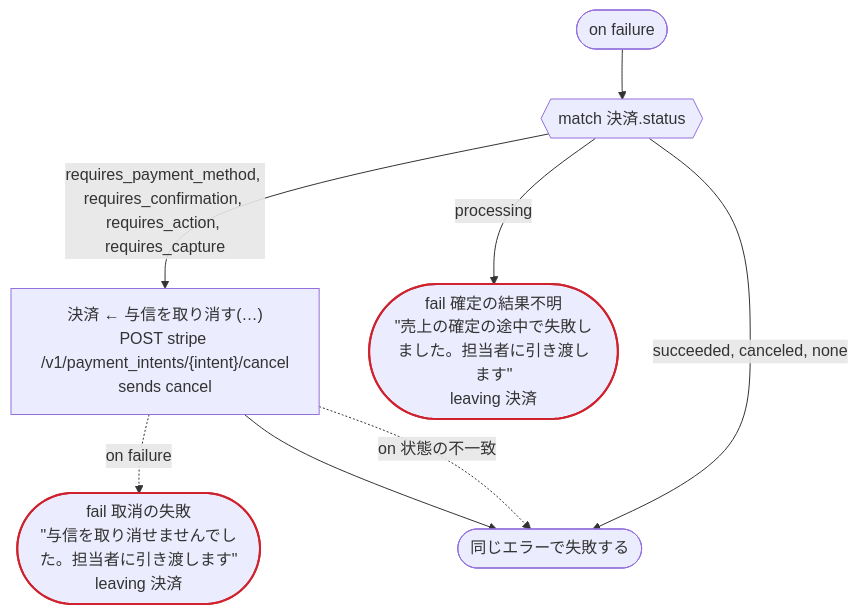
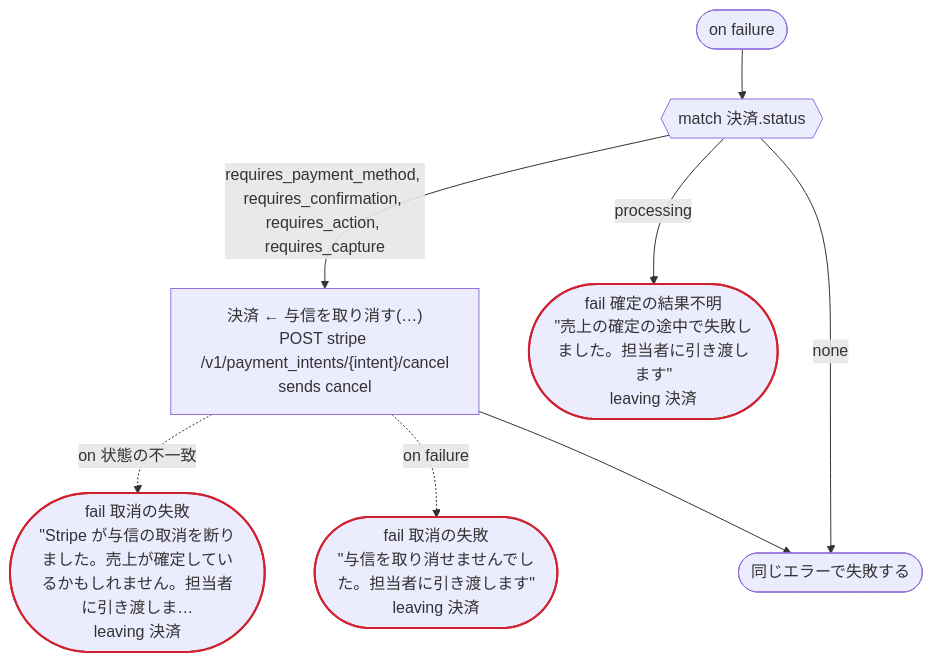
Before and after one commit to i2y/ritsu: the second of 4 diagrams in crates/dandori/tests/doc/examples-hotel-temporal-hotel-ja.ja.md, drawn with Mermaid. The commit also changed other lines of this file and 57 other files, not shown here.

````diff
--- a/crates/dandori/tests/doc/examples-hotel-temporal-hotel-ja.ja.md
+++ b/crates/dandori/tests/doc/examples-hotel-temporal-hotel-ja.ja.md
@@ -82,19 +82,20 @@
 ```mermaid
 flowchart TD
     onf(["on failure"])
     s30{{"match 決済.status"}}
     s32["決済 ← 与信を取り消す(…)<br>POST stripe /v1/payment_intents/{intent}/cancel<br>sends cancel"]
+    s33(["fail 取消の失敗<br>#quot;Stripe が与信の取消を断りました。売上が確定しているかもしれません。担当者に引き渡しま…<br>leaving 決済"])
     s34(["fail 取消の失敗<br>#quot;与信を取り消せませんでした。担当者に引き渡します#quot;<br>leaving 決済"])
     s35(["fail 確定の結果不明<br>#quot;売上の確定の途中で失敗しました。担当者に引き渡します#quot;<br>leaving 決済"])
     onfEnd(["同じエラーで失敗する"])
     onf --> s30
     s30 -->|"requires_payment_method, requires_confirmation, requires_action, requires_capture"| s32
+    s32 -.->|"on 状態の不一致"| s33
     s32 -.->|"on failure"| s34
     s30 -->|"processing"| s35
-    s30 -->|"succeeded, canceled, none"| onfEnd
+    s30 -->|"none"| onfEnd
     s32 --> onfEnd
-    s32 -.->|"on 状態の不一致"| onfEnd
     classDef ok stroke:#2da44e,stroke-width:2px
     classDef bad stroke:#cf222e,stroke-width:2px
-    class s34,s35 bad
+    class s33,s34,s35 bad
 ```
````
